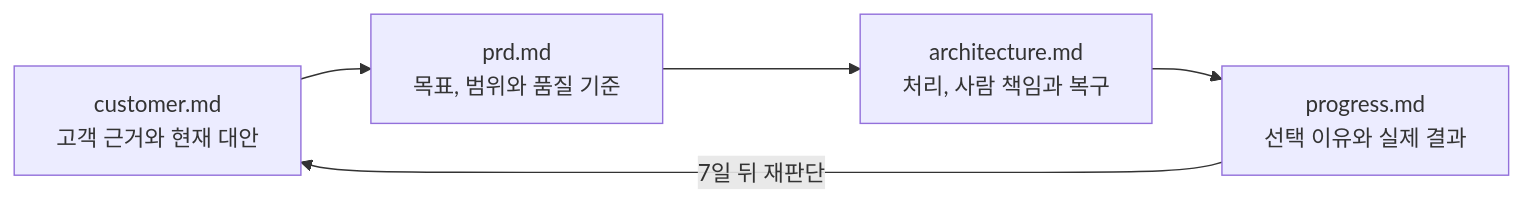
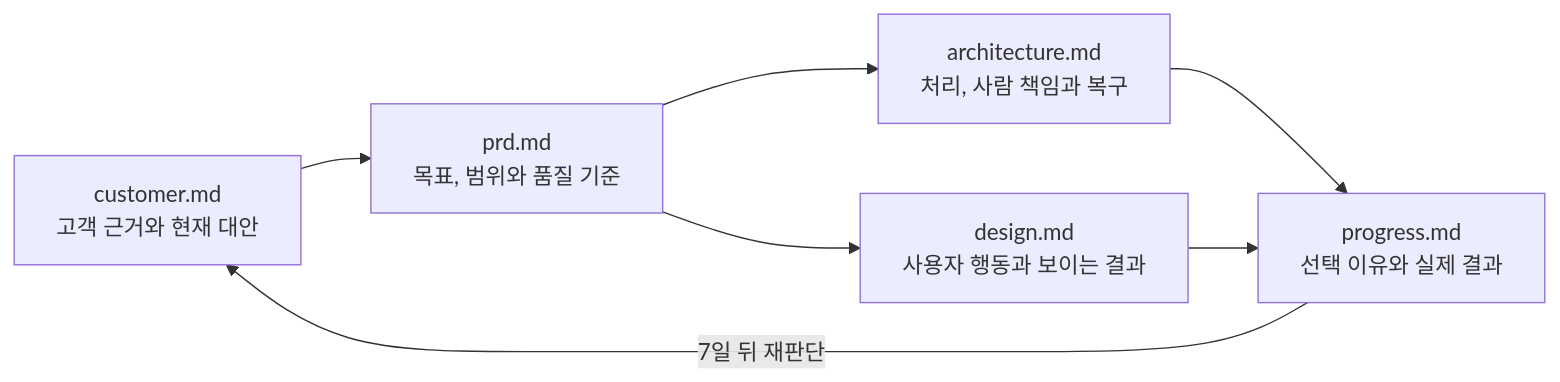
One commit to kimsanguine/ai-planning-playbook changed the diagram in README.md. Above: the diagram before and after it, drawn with Mermaid. The commit also changed other lines of this file and 14 other files, not shown here.

````diff
--- a/README.md
+++ b/README.md
@@ -27,7 +55,9 @@
 ```mermaid
 flowchart LR
   C["customer.md<br/>고객 근거와 현재 대안"] --> P["prd.md<br/>목표, 범위와 품질 기준"]
   P --> A["architecture.md<br/>처리, 사람 책임과 복구"]
+  P --> D["design.md<br/>사용자 행동과 보이는 결과"]
   A --> R["progress.md<br/>선택 이유와 실제 결과"]
+  D --> R
   R -->|7일 뒤 재판단| C
 ```
````
